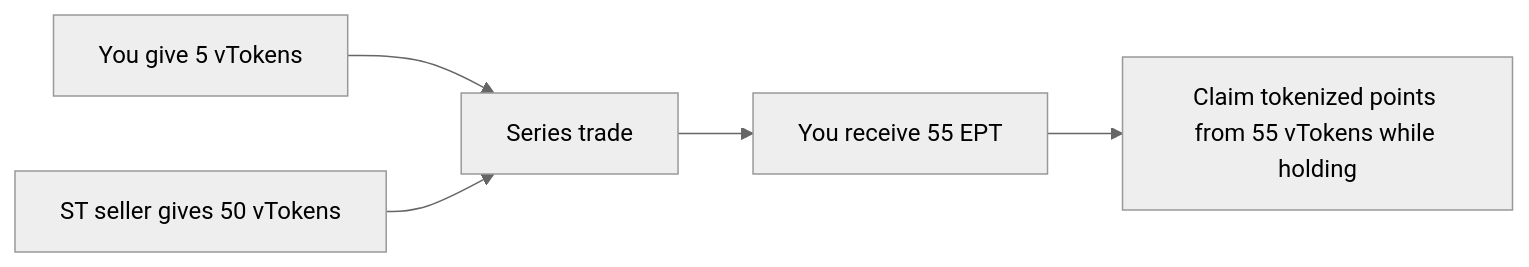
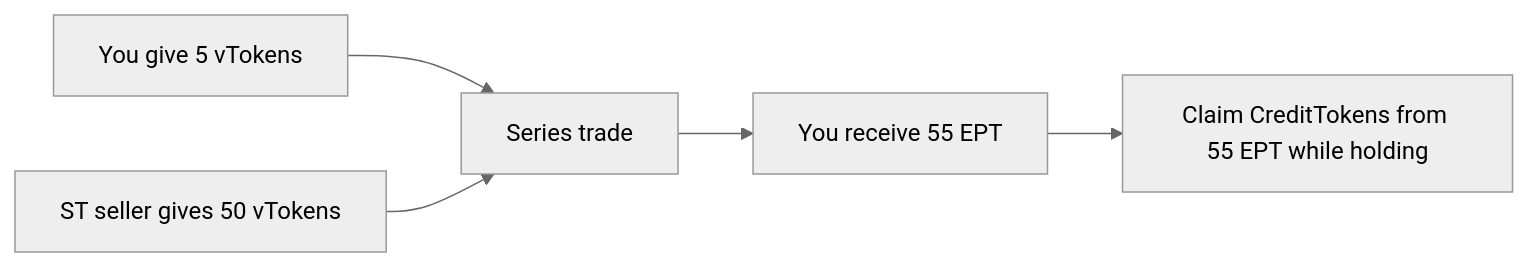
One commit to karnotxyz/docs changed the diagram in learn/expected-points-token.mdx. Above: the diagram before and after it, drawn with Mermaid (neutral theme). The commit also changed other lines of this file and 18 other files, not shown here.

````diff
--- a/learn/expected-points-token.mdx
+++ b/learn/expected-points-token.mdx
@@ -19,7 +19,7 @@
 ```mermaid
 flowchart LR
     A["You give 5 vTokens"] --> C["Series trade"]
     B["ST seller gives 50 vTokens"] --> C
     C --> D["You receive 55 EPT"]
-    D --> E["Claim tokenized points from 55 vTokens while holding"]
+    D --> E["Claim CreditTokens from 55 EPT while holding"]
 ```
````
